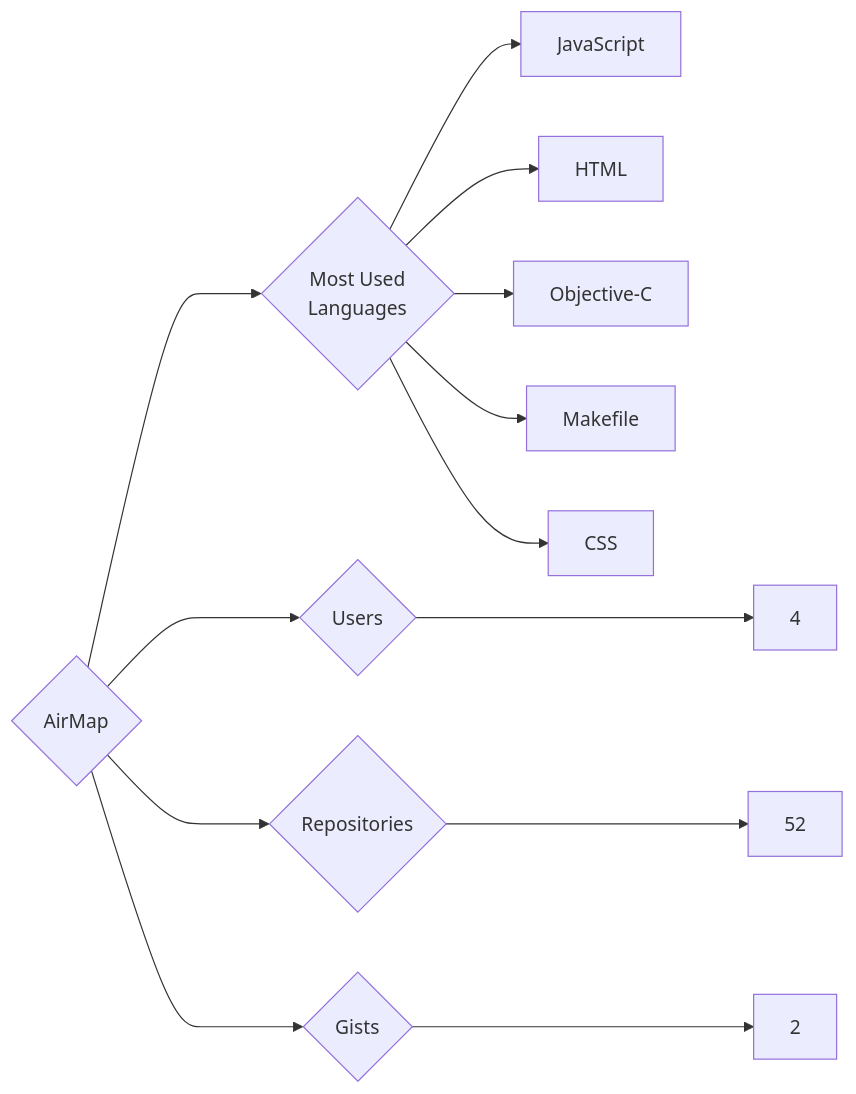
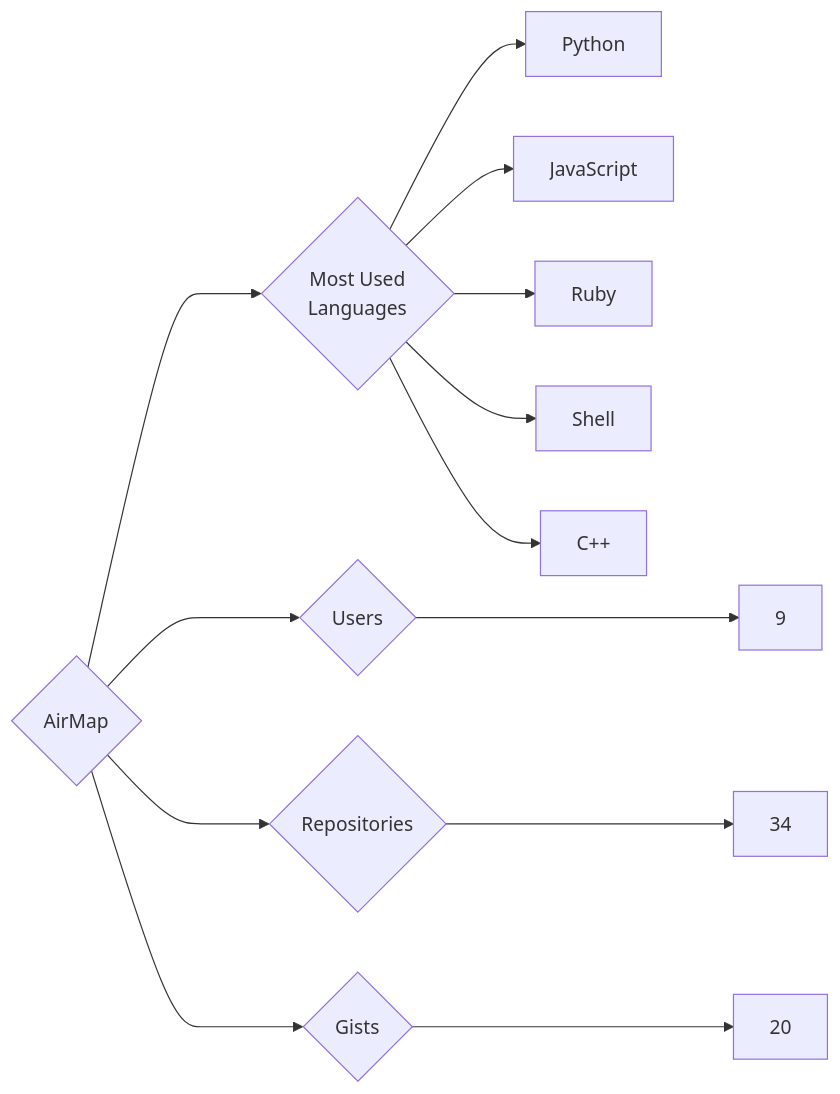
One commit to trickest/insiders changed the diagram in targets/AirMap/README.md. Above: the diagram before and after it, drawn with Mermaid. The commit also changed 1166 other files, not shown here.

````diff
--- a/targets/AirMap/README.md
+++ b/targets/AirMap/README.md
@@ -3,13 +3,13 @@
 ```mermaid
 graph LR
 COMPANY_NAME{AirMap}
-COMPANY_NAME ---> U{Users} ---> UN[4]
-COMPANY_NAME ---> R{Repositories} ---> RN[52]
-COMPANY_NAME ---> G{Gists} ---> GN[2]
+COMPANY_NAME ---> U{Users} ---> UN[9]
+COMPANY_NAME ---> R{Repositories} ---> RN[34]
+COMPANY_NAME ---> G{Gists} ---> GN[20]
 COMPANY_NAME ---> ML{Most Used<br>Languages}
+ML --> Python[Python]
 ML --> JavaScript[JavaScript]
-ML --> HTML[HTML]
-ML --> Objective-C[Objective-C]
-ML --> Makefile[Makefile]
-ML --> CSS[CSS]
+ML --> Ruby[Ruby]
+ML --> Shell[Shell]
+ML --> C++[C++]
 ```
````
